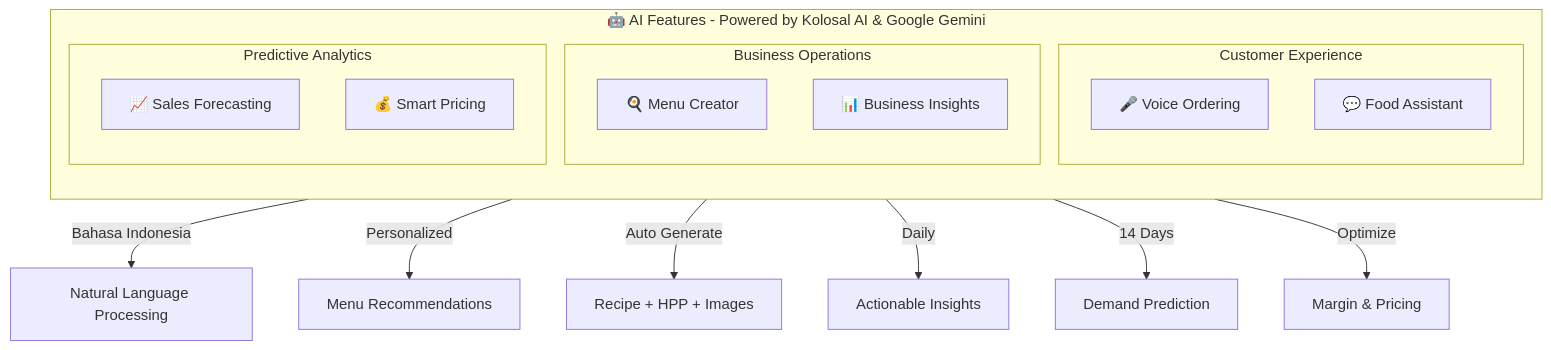
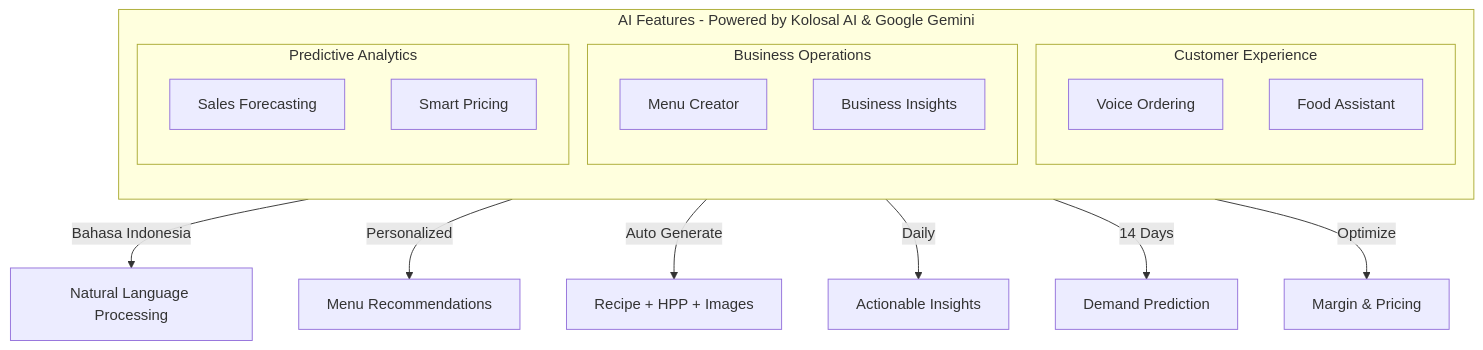
Before and after one commit to mocharil/savora: the sixth of 9 diagrams in README.md, drawn with Mermaid. The commit also changed other lines of this file and 3 other files, not shown here.

````diff
--- a/README.md
+++ b/README.md
@@ -321,28 +352,28 @@
 ```mermaid
 flowchart TB
-    subgraph AI["🤖 AI Features - Powered by Kolosal AI & Google Gemini"]
+    subgraph AI["AI Features - Powered by Kolosal AI & Google Gemini"]
         direction TB
 
         subgraph Customer["Customer Experience"]
-            VO[🎤 Voice Ordering]
-            FA[💬 Food Assistant]
+            VO[Voice Ordering]
+            FA[Food Assistant]
         end
 
         subgraph Operations["Business Operations"]
-            MC[🍳 Menu Creator]
-            BI[📊 Business Insights]
+            MC[Menu Creator]
+            BI[Business Insights]
         end
 
         subgraph Analytics["Predictive Analytics"]
-            FC[📈 Sales Forecasting]
-            SP[💰 Smart Pricing]
+            FC[Sales Forecasting]
+            SP[Smart Pricing]
         end
     end
 
     VO --> |Bahasa Indonesia| O1[Natural Language Processing]
     FA --> |Personalized| O2[Menu Recommendations]
     MC --> |Auto Generate| O3[Recipe + HPP + Images]
     BI --> |Daily| O4[Actionable Insights]
     FC --> |14 Days| O5[Demand Prediction]
     SP --> |Optimize| O6[Margin & Pricing]
 ```
````
